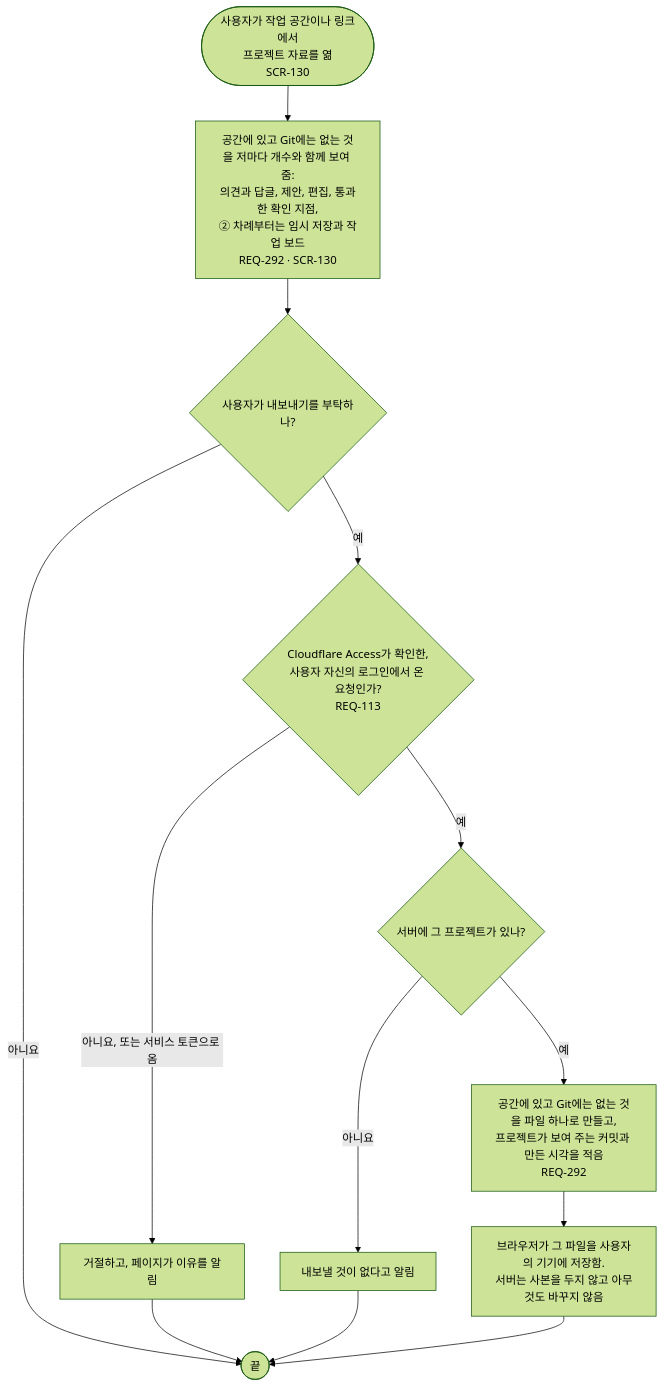
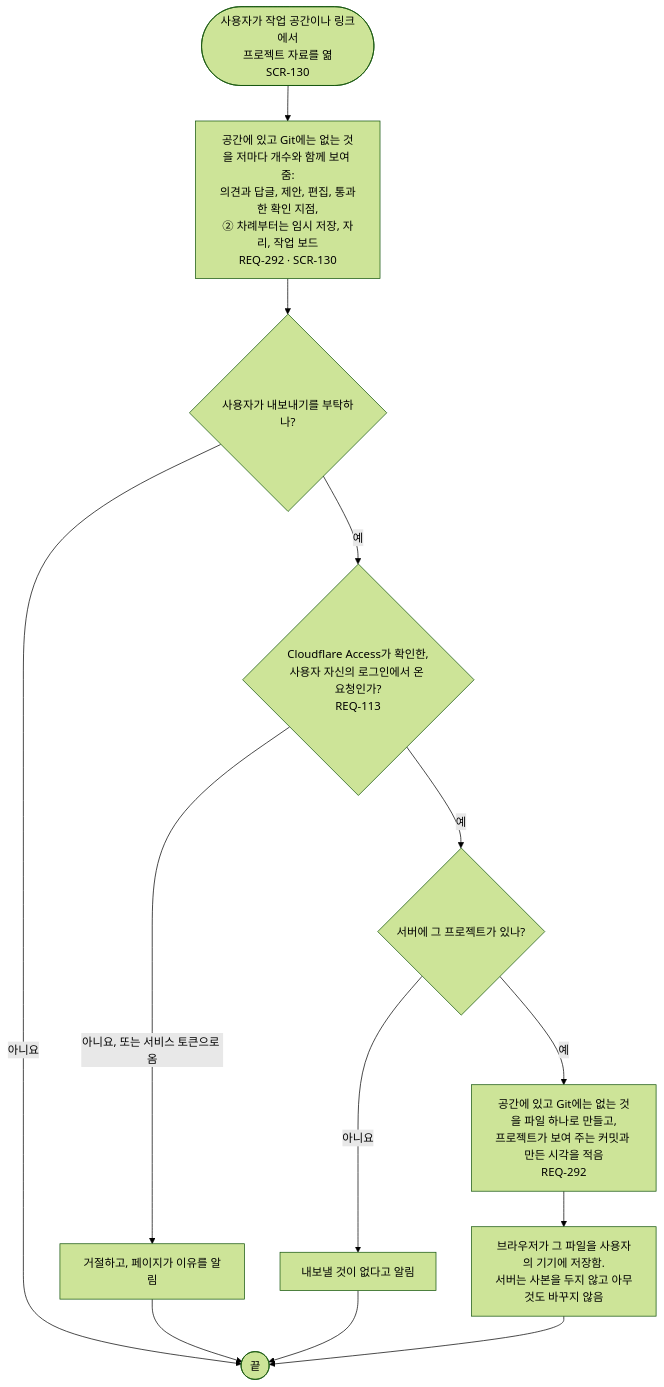
Before and after one commit to kodonghui/corthex-nexus: the diagram in docs/03-user-flow/nexus/FL-127-export-a-project-space.ko.md, drawn with Mermaid (forest theme). The commit also changed 11 other files, not shown here.

````diff
--- a/docs/03-user-flow/nexus/FL-127-export-a-project-space.ko.md
+++ b/docs/03-user-flow/nexus/FL-127-export-a-project-space.ko.md
@@ -9,15 +9,15 @@
 ```mermaid
 flowchart TD
-  A(["사용자가 작업 공간이나 링크에서<br/>프로젝트 자료를 엶<br/>SCR-130"]) --> B["공간에 있고 Git에는 없는 것을 저마다 개수와 함께 보여 줌:<br/>의견과 답글, 제안, 편집, 통과한 확인 지점,<br/>② 차례부터는 임시 저장과 작업 보드<br/>REQ-292 · SCR-130"]
+  A(["사용자가 작업 공간이나 링크에서<br/>프로젝트 자료를 엶<br/>SCR-130"]) --> B["공간에 있고 Git에는 없는 것을 저마다 개수와 함께 보여 줌:<br/>의견과 답글, 제안, 편집, 통과한 확인 지점,<br/>② 차례부터는 임시 저장, 자리, 작업 보드<br/>REQ-292 · SCR-130"]
   B --> C{"사용자가 내보내기를 부탁하나?"}
   C -->|아니요| Z(["끝"])
   C -->|예| D{"Cloudflare Access가 확인한,<br/>사용자 자신의 로그인에서 온 요청인가?<br/>REQ-113"}
   D -->|아니요, 또는 서비스 토큰으로 옴| D1["거절하고, 페이지가 이유를 알림"]
   D1 --> Z
   D -->|예| E{"서버에 그 프로젝트가 있나?"}
   E -->|아니요| E1["내보낼 것이 없다고 알림"]
   E1 --> Z
   E -->|예| F["공간에 있고 Git에는 없는 것을 파일 하나로 만들고,<br/>프로젝트가 보여 주는 커밋과 만든 시각을 적음<br/>REQ-292"]
   F --> G["브라우저가 그 파일을 사용자의 기기에 저장함.<br/>서버는 사본을 두지 않고 아무것도 바꾸지 않음"]
   G --> Z
 ```
````
